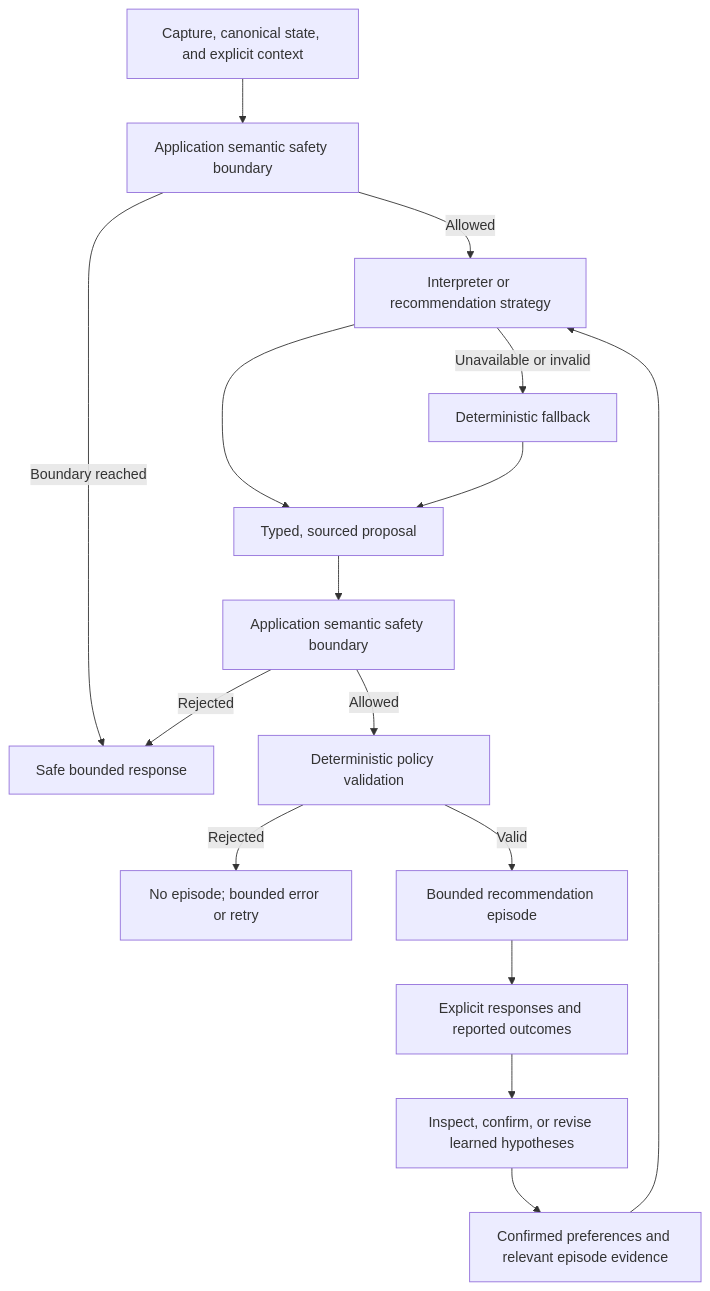
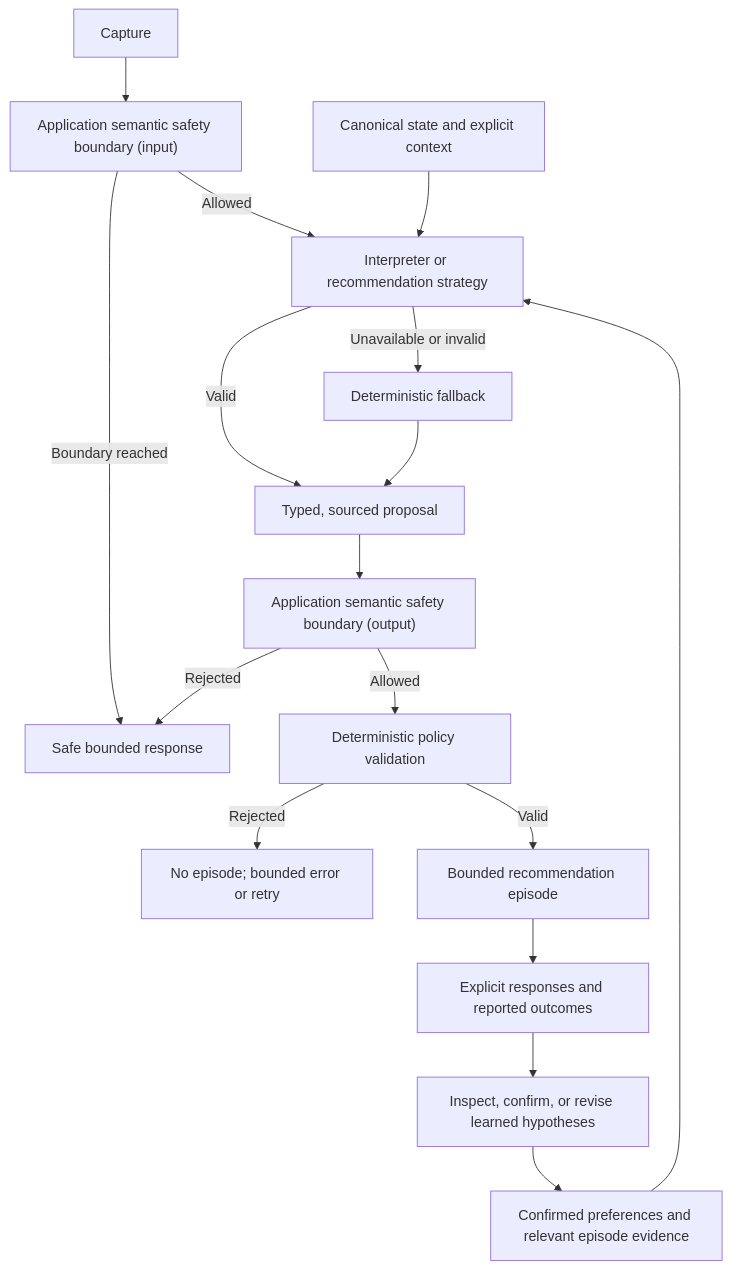
The diagram in docs/llm-personalization.md (rootkow/weavance), drawn with Mermaid before and after one commit. The commit also changed other lines of this file and 3 other files, not shown here.

Commit message:
Clarify mixed-capture safety handling

````diff
--- a/docs/llm-personalization.md
+++ b/docs/llm-personalization.md
@@ -199,18 +211,19 @@
 ```mermaid
 flowchart TD
-    INPUTS["Capture, canonical state, and explicit context"] --> SAFETY_IN["Application semantic safety boundary"]
+    CAPTURE["Capture"] --> SAFETY_IN["Application semantic safety boundary (input)"]
     SAFETY_IN -->|"Allowed"| INFER["Interpreter or recommendation strategy"]
     SAFETY_IN -->|"Boundary reached"| SAFE["Safe bounded response"]
+    STATE["Canonical state and explicit context"] --> INFER
     PROFILE["Confirmed preferences and relevant episode evidence"] --> INFER
     INFER -->|"Unavailable or invalid"| FALLBACK["Deterministic fallback"]
-    INFER --> PROPOSAL["Typed, sourced proposal"]
+    INFER -->|"Valid"| PROPOSAL["Typed, sourced proposal"]
     FALLBACK --> PROPOSAL
-    PROPOSAL --> SAFETY_OUT["Application semantic safety boundary"]
+    PROPOSAL --> SAFETY_OUT["Application semantic safety boundary (output)"]
     SAFETY_OUT -->|"Rejected"| SAFE
     SAFETY_OUT -->|"Allowed"| POLICY["Deterministic policy validation"]
     POLICY -->|"Rejected"| NO_EPISODE["No episode; bounded error or retry"]
     POLICY -->|"Valid"| EPISODE["Bounded recommendation episode"]
     EPISODE --> EVENTS["Explicit responses and reported outcomes"]
     EVENTS --> LEARN["Inspect, confirm, or revise learned hypotheses"]
     LEARN --> PROFILE
 ```
````
